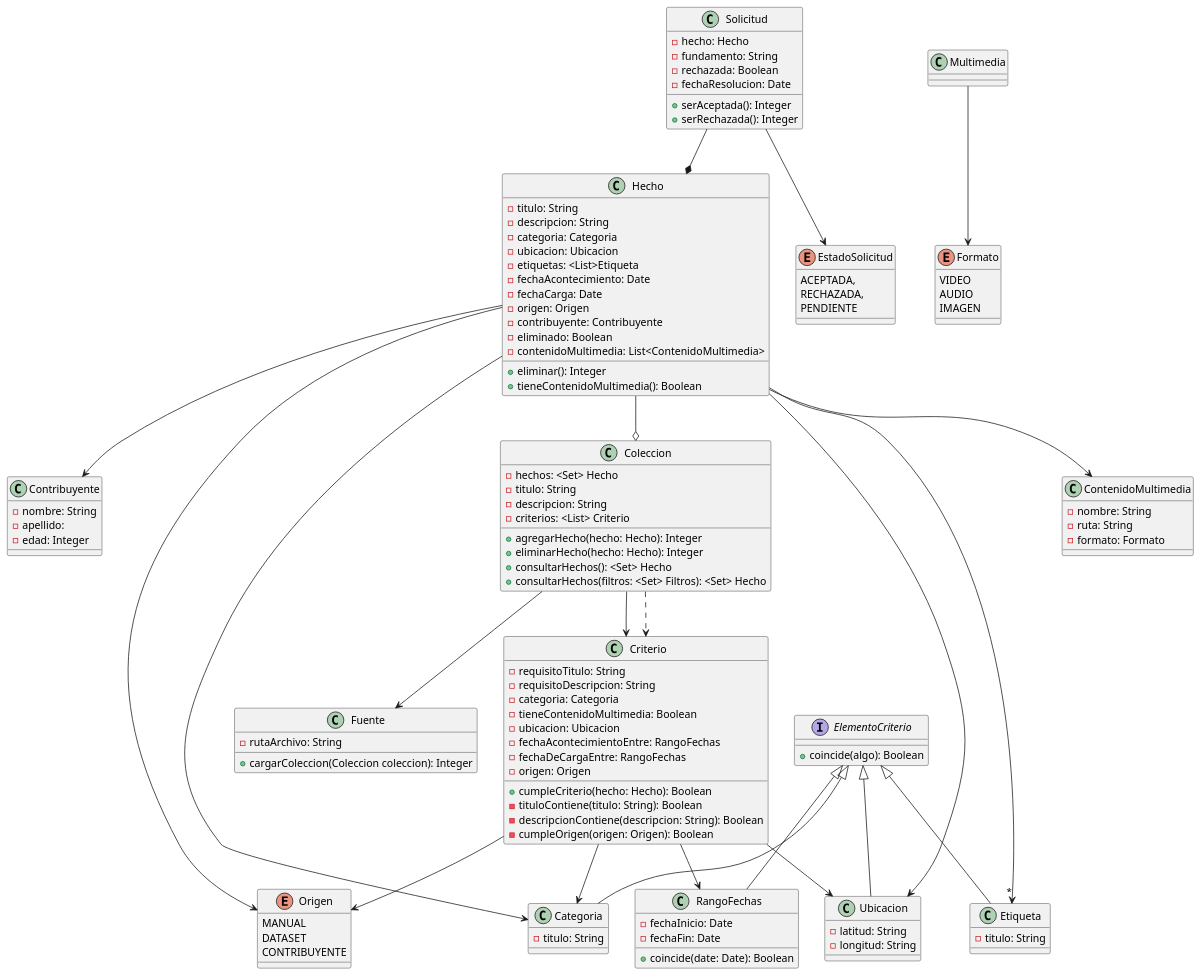
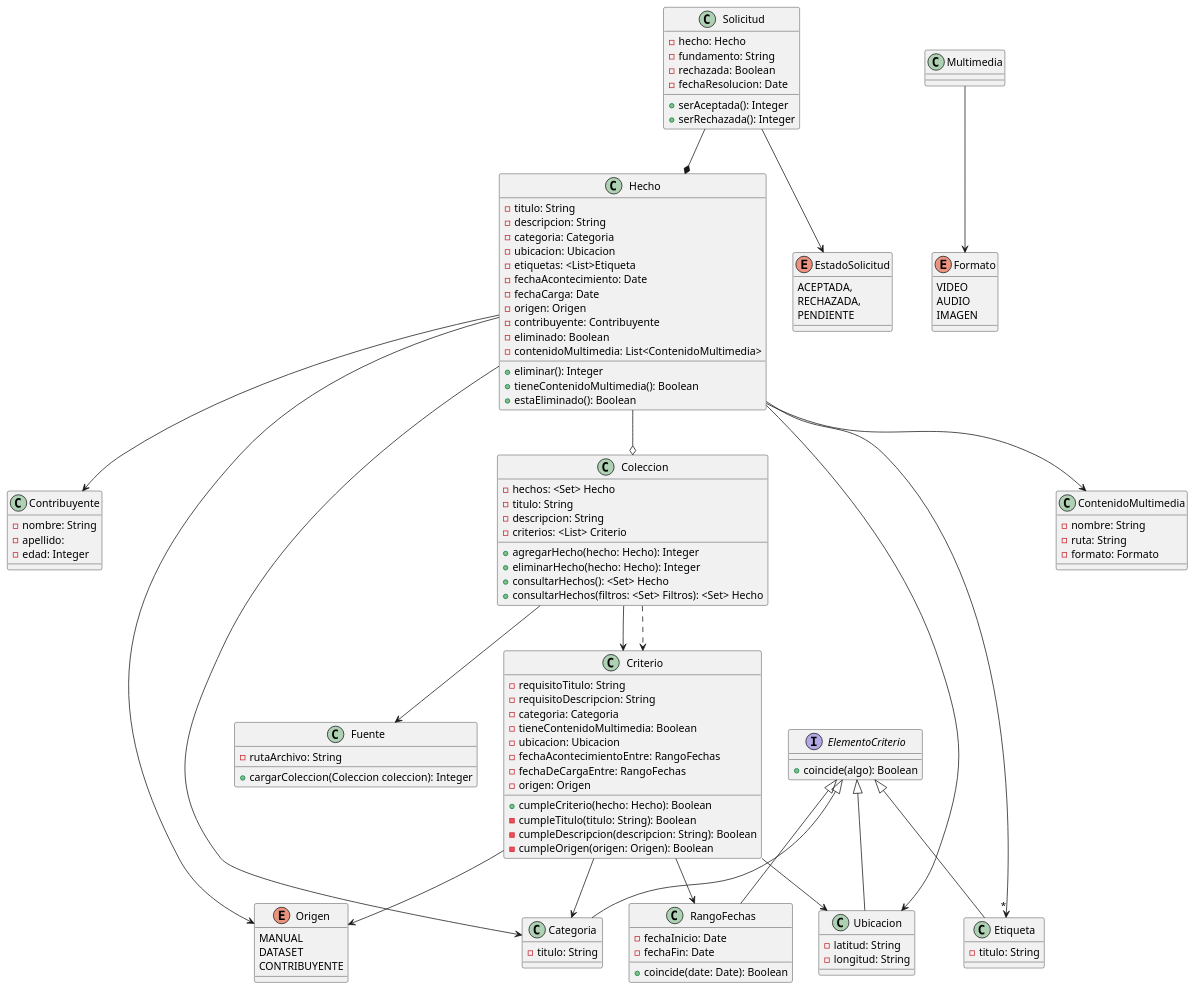
Before and after one commit to BrunoRodriguezzz/tp-dsi: the diagram in DiagramaDeClases-1°Entrega.puml, drawn with PlantUML.

Commit message:
Cambio nombre funciones para mejor legibilidad

```diff
--- a/DiagramaDeClases-1°Entrega.puml
+++ b/DiagramaDeClases-1°Entrega.puml
@@ -1,142 +1,143 @@
 @startuml
 'Hecho
 Hecho --> Contribuyente
 Hecho --> Origen
 Hecho --> Categoria
 Hecho --> Ubicacion
 Hecho -->"*" Etiqueta
 Hecho --o Coleccion
 
 Solicitud --* Hecho
 
 Coleccion --> Criterio
 Coleccion ..> Criterio
 
 'Criterio
 Criterio --> RangoFechas
 Criterio --> Origen
 Criterio --> Categoria
 Criterio --> Ubicacion
 
 Solicitud --> EstadoSolicitud
 
 'Interface
 ElementoCriterio <|-- Ubicacion
 ElementoCriterio <|-- Categoria
 ElementoCriterio <|-- Etiqueta
 ElementoCriterio <|-- RangoFechas
 
 Multimedia --> Formato
 Hecho --> ContenidoMultimedia
 Coleccion --> Fuente
 
 class Contribuyente {
     -nombre: String
     -apellido:
     -edad: Integer
 }
 
 enum EstadoSolicitud {
     ACEPTADA,
     RECHAZADA,
     PENDIENTE
 }
 
 class ContenidoMultimedia {
     -nombre: String
     -ruta: String
     -formato: Formato
 }
 
 enum Formato {
     VIDEO
     AUDIO
     IMAGEN
 }
 
 class Hecho {
     -titulo: String
     -descripcion: String
     -categoria: Categoria
     -ubicacion: Ubicacion
     -etiquetas: <List>Etiqueta
     -fechaAcontecimiento: Date
     -fechaCarga: Date
     -origen: Origen
     -contribuyente: Contribuyente
     -eliminado: Boolean
     -contenidoMultimedia: List<ContenidoMultimedia>
     +eliminar(): Integer
     +tieneContenidoMultimedia(): Boolean
+    +estaEliminado(): Boolean
 }
 
 class Fuente {
     -rutaArchivo: String
     +cargarColeccion(Coleccion coleccion): Integer
 }
 
 class Etiqueta {
     -titulo: String
 }
 
 enum Origen {
     MANUAL
     DATASET
     CONTRIBUYENTE
 }
 
 class Categoria {
     -titulo: String
 }
 
 class Ubicacion {
     -latitud: String
     -longitud: String
 }
 
 class Solicitud {
     -hecho: Hecho
     -fundamento: String
     -rechazada: Boolean
     -fechaResolucion: Date
     +serAceptada(): Integer
     +serRechazada(): Integer
 }
 
 class Coleccion {
     -hechos: <Set> Hecho
     -titulo: String
     -descripcion: String
     -criterios: <List> Criterio
     +agregarHecho(hecho: Hecho): Integer
     +eliminarHecho(hecho: Hecho): Integer
     'Solo para representar overload
     +consultarHechos(): <Set> Hecho
     +consultarHechos(filtros: <Set> Filtros): <Set> Hecho
 }
 
 class Criterio{
     -requisitoTitulo: String
     -requisitoDescripcion: String
     -categoria: Categoria
     -tieneContenidoMultimedia: Boolean
     -ubicacion: Ubicacion
     -fechaAcontecimientoEntre: RangoFechas
     -fechaDeCargaEntre: RangoFechas
     -origen: Origen
     +cumpleCriterio(hecho: Hecho): Boolean
-    -tituloContiene(titulo: String): Boolean
-    -descripcionContiene(descripcion: String): Boolean
+    -cumpleTitulo(titulo: String): Boolean
+    -cumpleDescripcion(descripcion: String): Boolean
     -cumpleOrigen(origen: Origen): Boolean
 }
 
 class RangoFechas {
     -fechaInicio: Date
     -fechaFin: Date
     +coincide(date: Date): Boolean
 }
 
 interface ElementoCriterio{
     +coincide(algo): Boolean
 }
 @enduml
```
